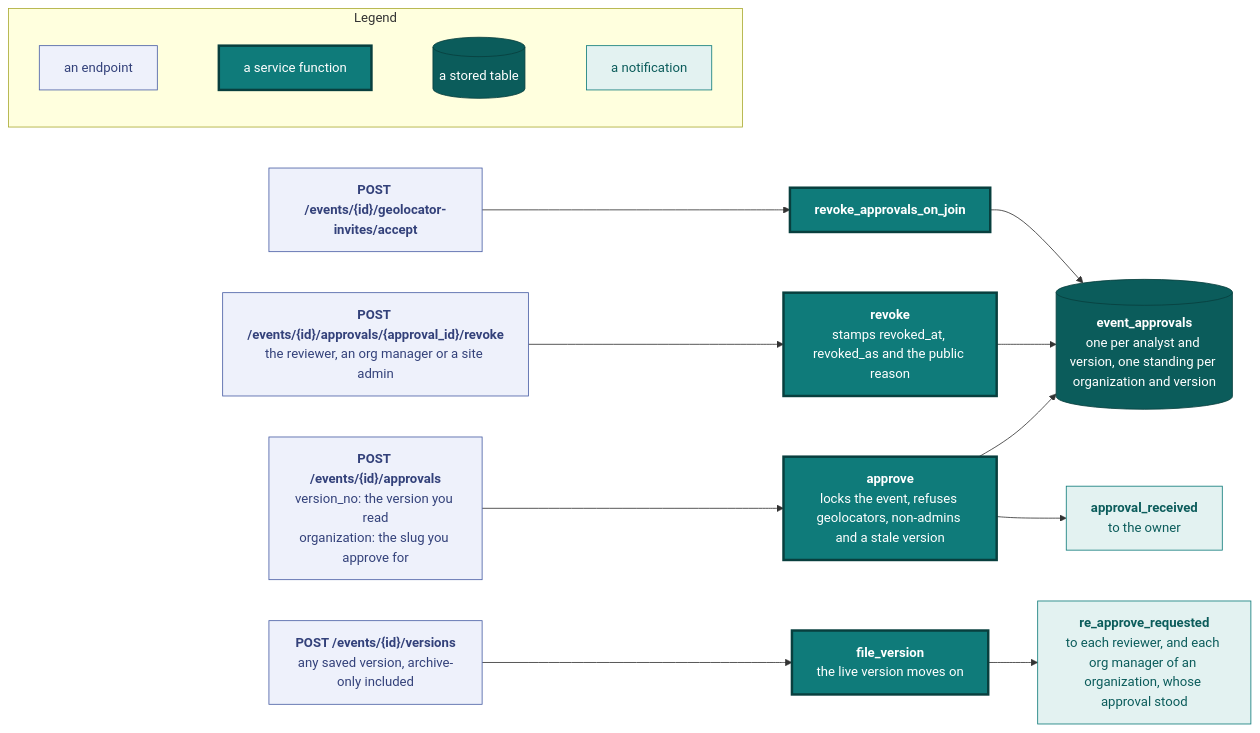
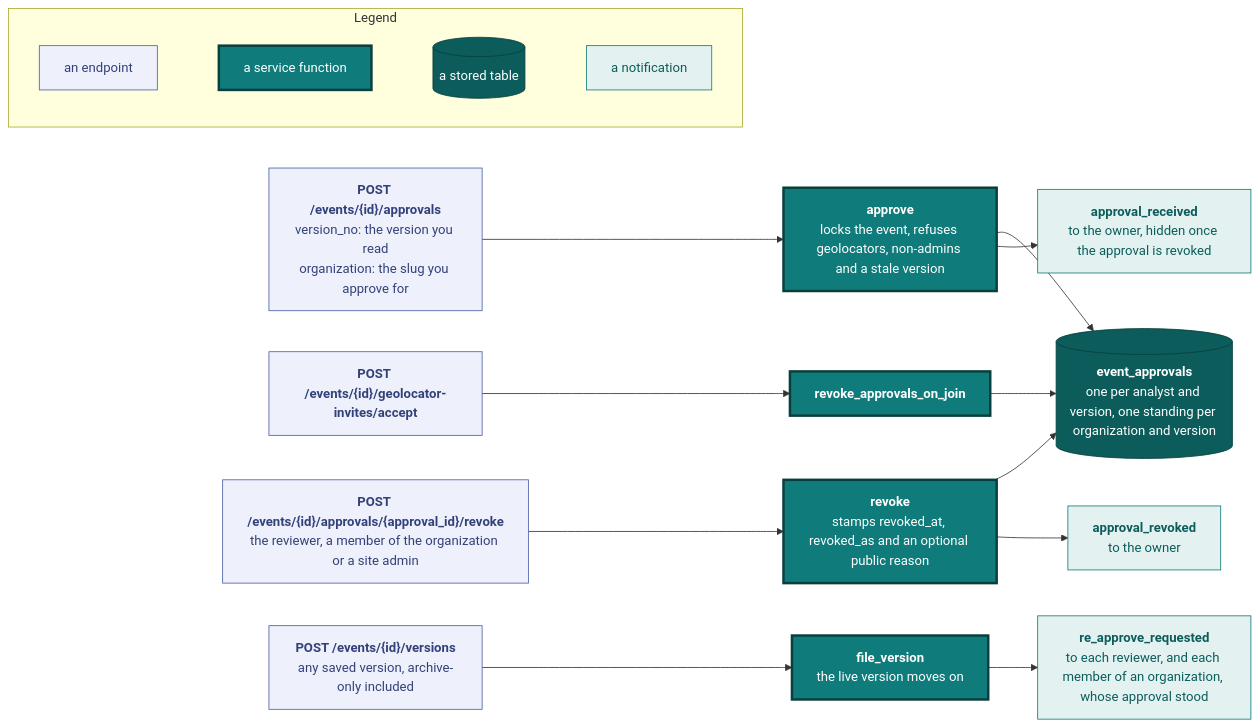
Before and after one commit to vidithq/vidit: the fourth of 8 diagrams in docs/api.md, drawn with Mermaid. The commit also changed other lines of this file and 132 other files, not shown here.

````diff
--- a/docs/api.md
+++ b/docs/api.md
@@ -1436,44 +1441,47 @@
 ```mermaid
 flowchart LR
   classDef spec fill:#eef1fb,stroke:#4a5fa5,color:#33417a
   classDef core fill:#0f7b7a,stroke:#083f3e,stroke-width:3px,color:#ffffff
   classDef store fill:#0b5c5b,stroke:#083f3e,color:#ffffff
   classDef shared fill:#e3f2f1,stroke:#0f7b7a,color:#0b5c5b
 
   subgraph legend [Legend]
     direction LR
     l1["`an endpoint`"]:::spec
     l2["`a service function`"]:::core
     l3[("`a stored table`")]:::store
     l4["`a notification`"]:::shared
     l1 ~~~ l2 ~~~ l3 ~~~ l4
   end
 
   approve["`**POST /events/{id}/approvals**
   version_no: the version you read
   organization: the slug you approve for`"]:::spec
   revokeep["`**POST /events/{id}/approvals/{approval_id}/revoke**
-  the reviewer, an org manager or a site admin`"]:::spec
+  the reviewer, a member of the organization or a site admin`"]:::spec
   edit["`**POST /events/{id}/versions**
   any saved version, archive-only included`"]:::spec
   accept["`**POST /events/{id}/geolocator-invites/accept**`"]:::spec
   place["`**approve**
   locks the event, refuses geolocators, non-admins and a stale version`"]:::core
   revoke["`**revoke**
-  stamps revoked_at, revoked_as and the public reason`"]:::core
+  stamps revoked_at, revoked_as and an optional public reason`"]:::core
   file["`**file_version**
   the live version moves on`"]:::core
   join["`**revoke_approvals_on_join**`"]:::core
   rows[("`**event_approvals**
   one per analyst and version, one standing per organization and version`")]:::store
   received["`**approval_received**
+  to the owner, hidden once the approval is revoked`"]:::shared
+  revoked["`**approval_revoked**
   to the owner`"]:::shared
   again["`**re_approve_requested**
-  to each reviewer, and each org manager of an organization, whose approval stood`"]:::shared
+  to each reviewer, and each member of an organization, whose approval stood`"]:::shared
 
   approve --> place --> rows
   place --> received
   revokeep --> revoke --> rows
+  revoke --> revoked
   edit --> file --> again
   accept --> join --> rows
 ```
````
